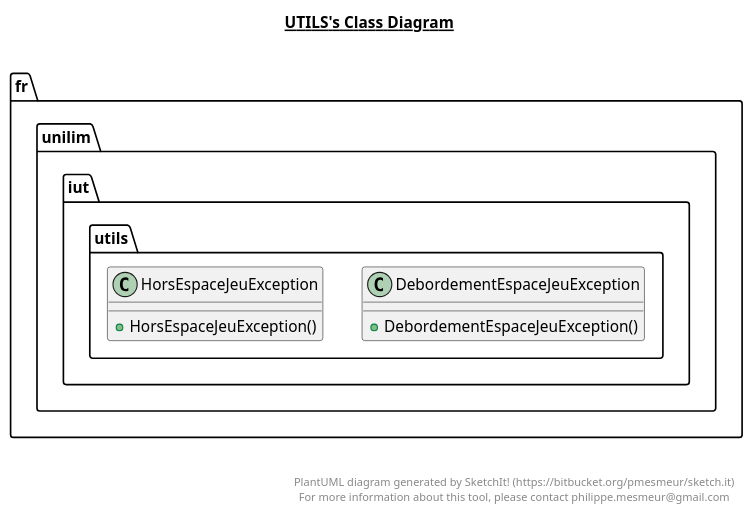
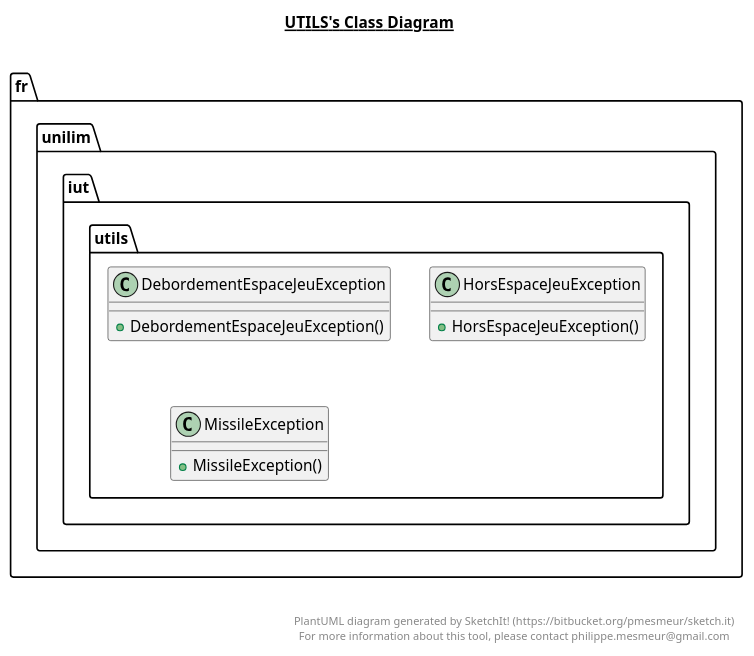
One commit to Benjamin-Pelaudeix/spaceinvader changed the diagram in src/main/java/fr/unilim/iut/utils/utils.plantuml. Above: the diagram before and after it, drawn with PlantUML. The commit also changed 15 other files, not shown here.

Commit message:
Ajout de l'interface graphique

```diff
--- a/src/main/java/fr/unilim/iut/utils/utils.plantuml
+++ b/src/main/java/fr/unilim/iut/utils/utils.plantuml
@@ -1,32 +1,41 @@
 @startuml
 
 title __UTILS's Class Diagram__\n
 
   namespace fr.unilim.iut {
     namespace utils {
       class fr.unilim.iut.utils.DebordementEspaceJeuException {
           + DebordementEspaceJeuException()
       }
     }
   }
   
 
   namespace fr.unilim.iut {
     namespace utils {
       class fr.unilim.iut.utils.HorsEspaceJeuException {
           + HorsEspaceJeuException()
       }
     }
   }
   
 
+  namespace fr.unilim.iut {
+    namespace utils {
+      class fr.unilim.iut.utils.MissileException {
+          + MissileException()
+      }
+    }
+  }
+  
+
 
 
 right footer
 
 
 PlantUML diagram generated by SketchIt! (https://bitbucket.org/pmesmeur/sketch.it)
 For more information about this tool, please contact philippe.mesmeur@gmail.com
 endfooter
 
 @enduml
```
